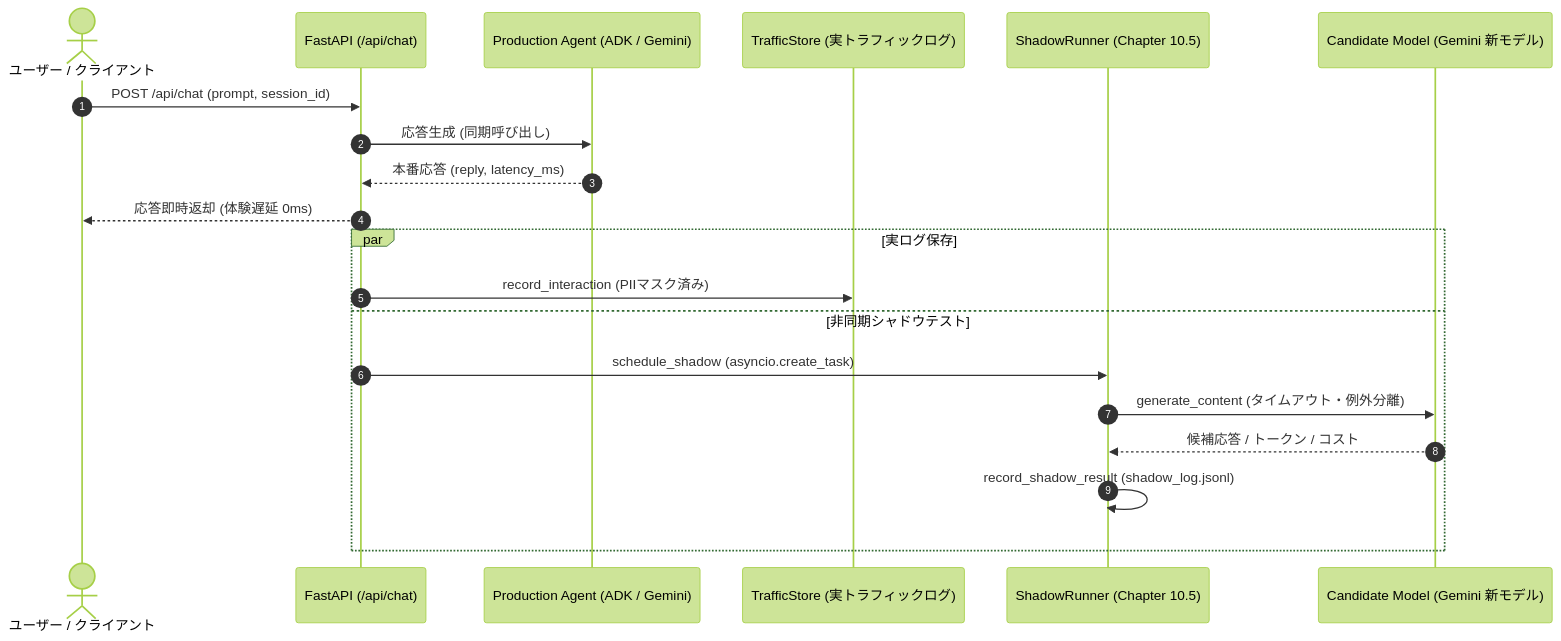
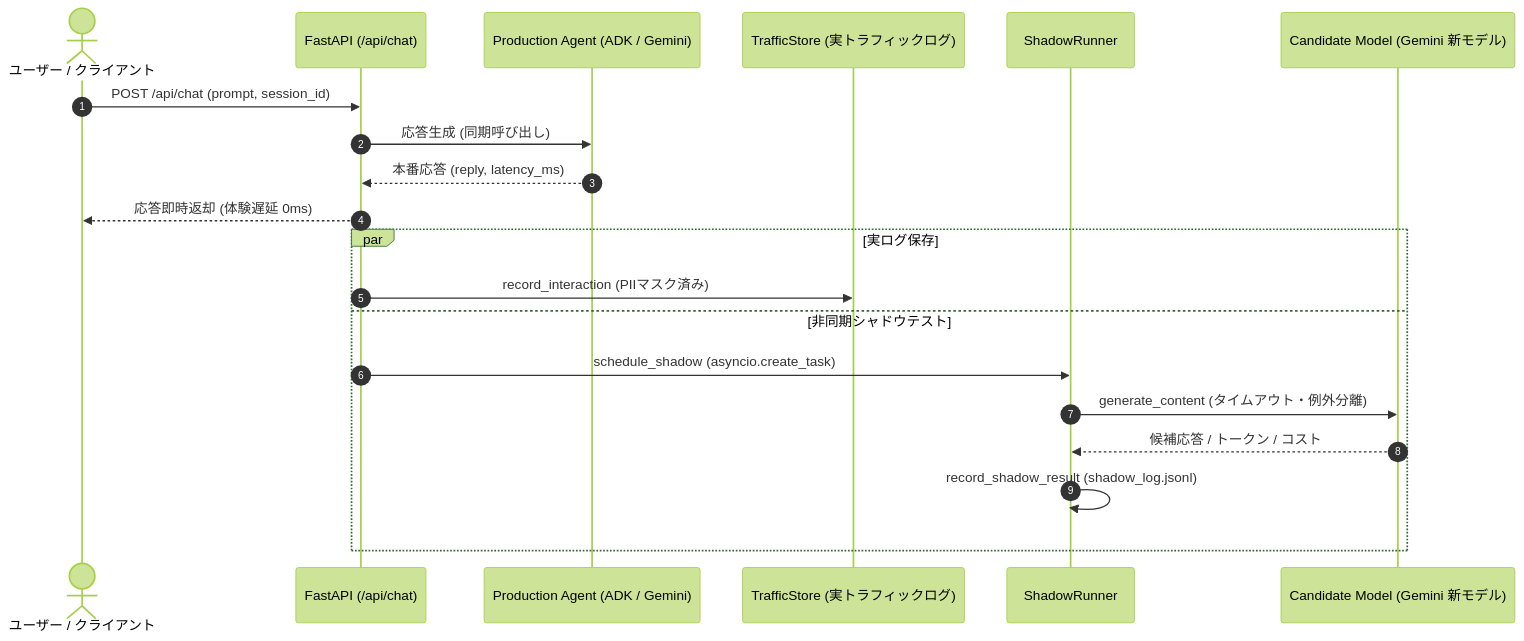
One commit to shu-kob/adk-agent-chat changed the diagram in docs/SHADOW_TESTING.md. Above: the diagram before and after it, drawn with Mermaid (forest theme). The commit also changed other lines of this file and 6 other files, not shown here.

Commit message:
docs: remove book and chapter references from shadow testing documentation and code

````diff
--- a/docs/SHADOW_TESTING.md
+++ b/docs/SHADOW_TESTING.md
@@ -38,24 +38,24 @@
 ```mermaid
 sequenceDiagram
     autonumber
     actor User as ユーザー / クライアント
     participant API as FastAPI (/api/chat)
     participant Agent as Production Agent (ADK / Gemini)
     participant Store as TrafficStore (実トラフィックログ)
-    participant Shadow as ShadowRunner (Chapter 10.5)
+    participant Shadow as ShadowRunner
     participant Candidate as Candidate Model (Gemini 新モデル)
 
     User->>API: POST /api/chat (prompt, session_id)
     API->>Agent: 応答生成 (同期呼び出し)
     Agent-->>API: 本番応答 (reply, latency_ms)
     API-->>User: 応答即時返却 (体験遅延 0ms)
     
     par 実ログ保存
         API->>Store: record_interaction (PIIマスク済み)
     and 非同期シャドウテスト
         API->>Shadow: schedule_shadow (asyncio.create_task)
         Shadow->>Candidate: generate_content (タイムアウト・例外分離)
         Candidate-->>Shadow: 候補応答 / トークン / コスト
         Shadow->>Shadow: record_shadow_result (shadow_log.jsonl)
     end
 ```
````
